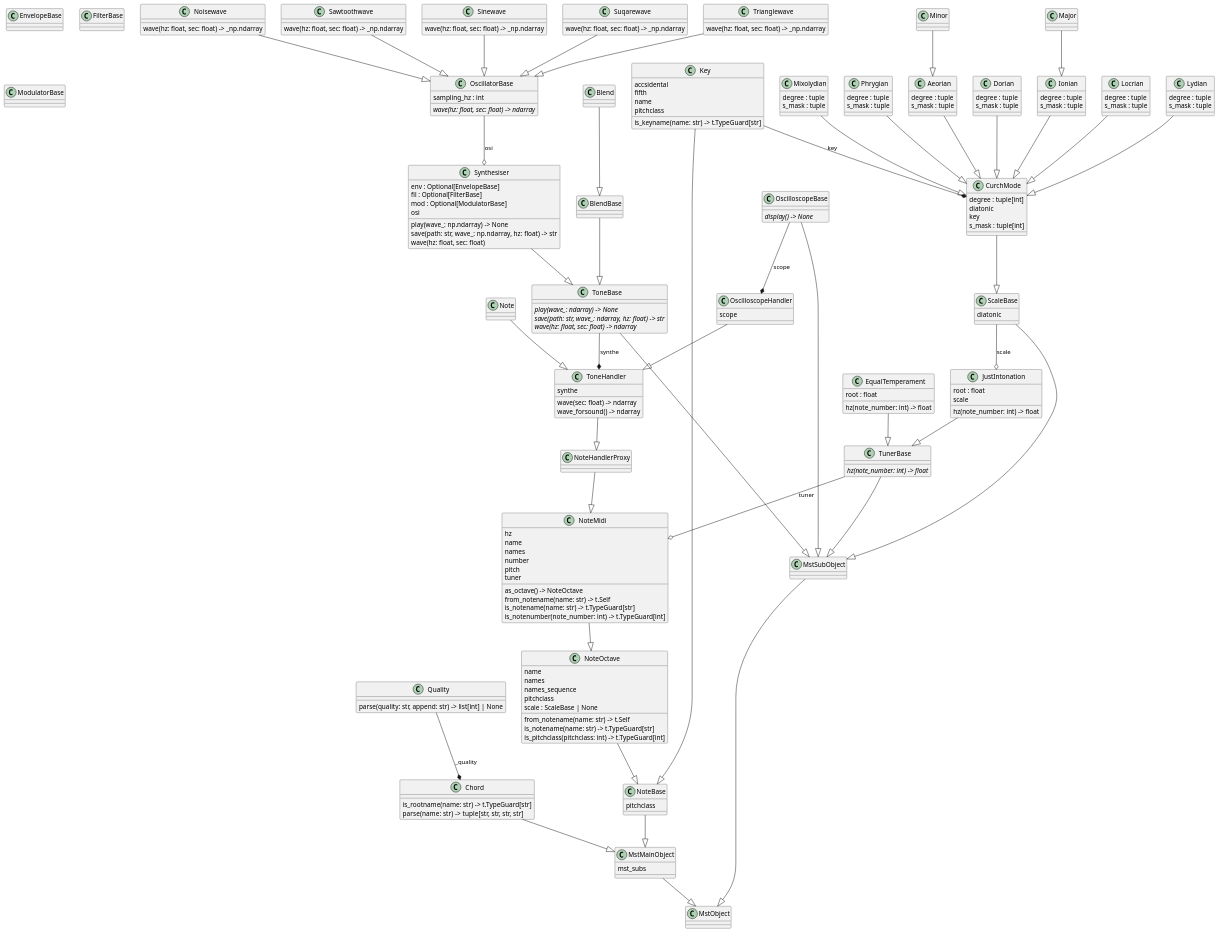
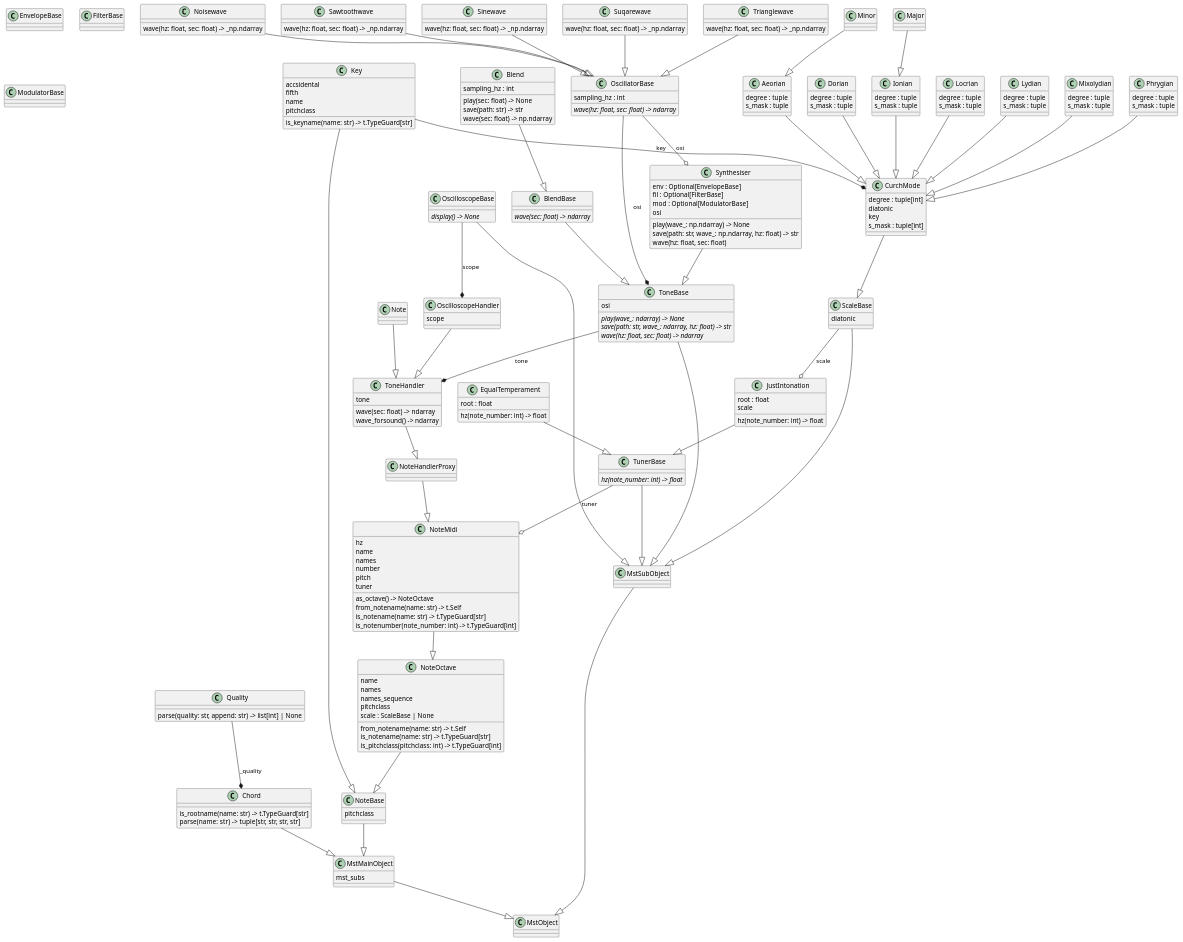
Before and after one commit to Oujox/music-theory: the diagram in .uml/classes_music-theory.puml, drawn with PlantUML. The commit also changed 9 other files, not shown here.

```diff
--- a/.uml/classes_music-theory.puml
+++ b/.uml/classes_music-theory.puml
@@ -5,8 +5,13 @@
   s_mask : tuple
 }
 class "Blend" as music_theory.blend.blend.Blend {
+  sampling_hz : int
+  play(sec: float) -> None
+  save(path: str) -> str
+  wave(sec: float) -> np.ndarray
 }
 class "BlendBase" as music_theory.blend.abc.BlendBase {
+  {abstract}wave(sec: float) -> ndarray
 }
 class "Chord" as music_theory.chord.chord.Chord {
   is_rootname(name: str) -> t.TypeGuard[str]
@@ -142,12 +147,13 @@
   wave(hz: float, sec: float)
 }
 class "ToneBase" as music_theory.tone.abc.ToneBase {
+  osi
   {abstract}play(wave_: ndarray) -> None
   {abstract}save(path: str, wave_: ndarray, hz: float) -> str
   {abstract}wave(hz: float, sec: float) -> ndarray
 }
 class "ToneHandler" as music_theory.tone.handler.ToneHandler {
-  synthe
+  tone
   wave(sec: float) -> ndarray
   wave_forsound() -> ndarray
 }
@@ -195,7 +201,8 @@
 music_theory.chord.quality.Quality --* music_theory.chord.chord.Chord : _quality
 music_theory.note.key.Key --* music_theory.note.scale.CurchMode : key
 music_theory.oscilloscope.abc.OscilloscopeBase --* music_theory.oscilloscope.handler.OscilloscopeHandler : scope
-music_theory.tone.abc.ToneBase --* music_theory.tone.handler.ToneHandler : synthe
+music_theory.tone.abc.OscillatorBase --* music_theory.tone.abc.ToneBase : osi
+music_theory.tone.abc.ToneBase --* music_theory.tone.handler.ToneHandler : tone
 music_theory.note.abc.ScaleBase --o music_theory.note.tuner.JustIntonation : scale
 music_theory.note.abc.TunerBase --o music_theory.note.note.NoteMidi : tuner
 music_theory.tone.abc.OscillatorBase --o music_theory.tone.synthesiser.Synthesiser : osi
```
